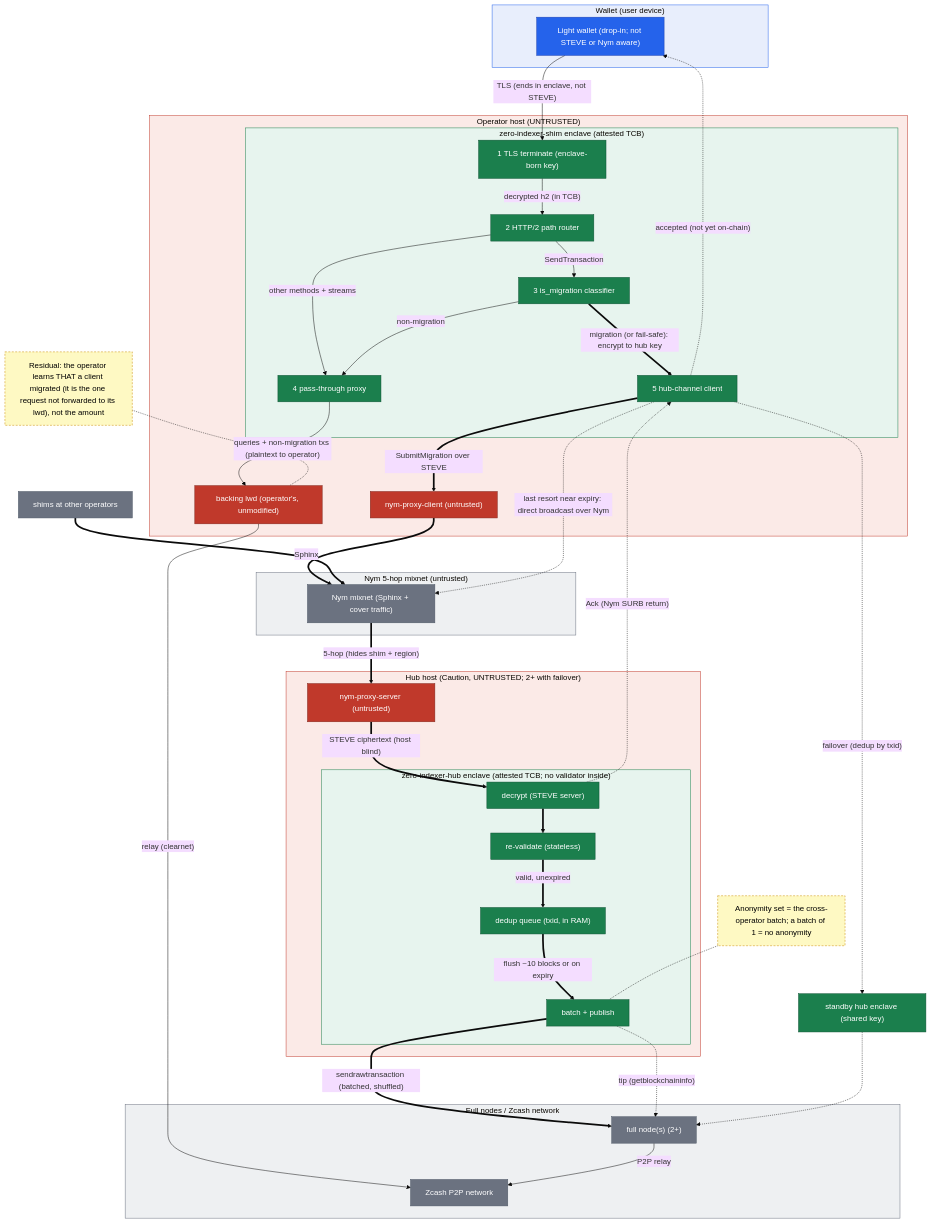
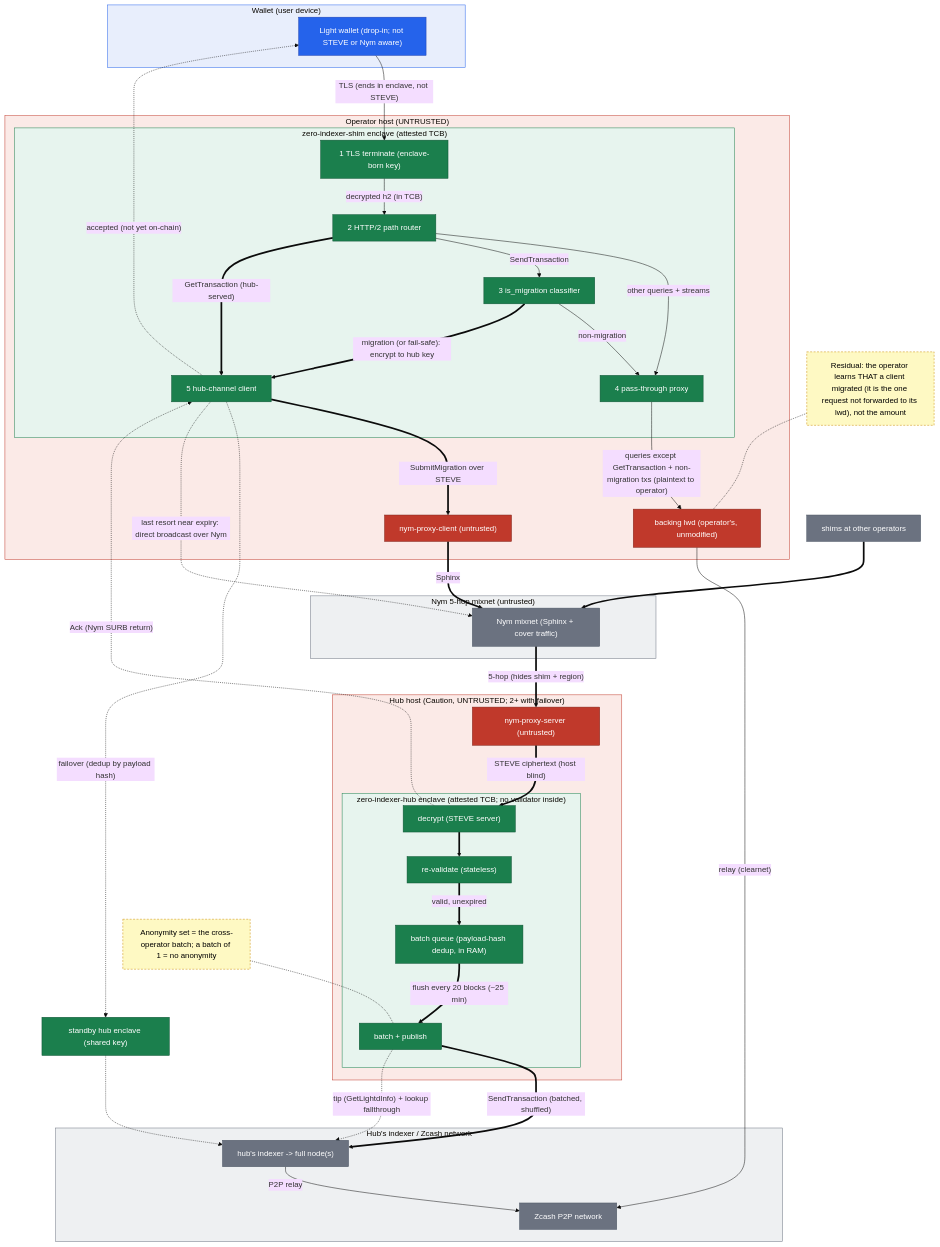
One commit to ShieldedLabs/zero changed the first of 2 diagrams in zeronym/book/src/architecture.md. Above: the diagram before and after it, drawn with Mermaid (base theme). The commit also changed other lines of this file and 7 other files, not shown here.

```diff
--- a/zeronym/book/src/architecture.md
+++ b/zeronym/book/src/architecture.md
@@ -59,15 +59,15 @@
     subgraph HUBENC["zero-indexer-hub enclave  (attested TCB; no validator inside)"]
       HDEC["decrypt (STEVE server)"]
       HVAL["re-validate (stateless)"]
-      HQ["dedup queue (txid, in RAM)"]
+      HQ["batch queue (payload-hash dedup, in RAM)"]
       HFLUSH["batch + publish"]
     end
   end
 
   HUB2["standby hub enclave (shared key)"]
 
-  subgraph NET["Full nodes / Zcash network"]
-    FN["full node(s) (2+)"]
+  subgraph NET["Hub's indexer / Zcash network"]
+    FN["hub's indexer -> full node(s)"]
     ZNET["Zcash P2P network"]
   end
 
@@ -77,10 +77,11 @@
   %% pass-through path (thin): queries + non-migration txs
   W -->|"TLS (ends in enclave, not STEVE)"| STLS
   STLS -->|"decrypted h2 (in TCB)"| SROUTE
-  SROUTE -->|"other methods + streams"| SPROXY
+  SROUTE -->|"other queries + streams"| SPROXY
   SROUTE -->|"SendTransaction"| SCLASS
+  SROUTE ==>|"GetTransaction (hub-served)"| SHUB
   SCLASS -->|"non-migration"| SPROXY
-  SPROXY -->|"queries + non-migration txs (plaintext to operator)"| LWD
+  SPROXY -->|"queries except GetTransaction + non-migration txs (plaintext to operator)"| LWD
   LWD -->|"relay (clearnet)"| ZNET
 
   %% migration path (thick): encrypted end to end, bypasses the lwd
@@ -93,12 +94,12 @@
   NYMS ==>|"STEVE ciphertext (host blind)"| HDEC
   HDEC ==> HVAL
   HVAL ==>|"valid, unexpired"| HQ
-  HQ ==>|"flush ~10 blocks or on expiry"| HFLUSH
-  HFLUSH ==>|"sendrawtransaction (batched, shuffled)"| FN
+  HQ ==>|"flush every 20 blocks (~25 min)"| HFLUSH
+  HFLUSH ==>|"SendTransaction (batched, shuffled)"| FN
   FN -->|"P2P relay"| ZNET
-  HFLUSH -.->|"tip (getblockchaininfo)"| FN
+  HFLUSH -.->|"tip (GetLightdInfo) + lookup fallthrough"| FN
   HDEC -.->|"Ack (Nym SURB return)"| SHUB
-  SHUB -.->|"failover (dedup by txid)"| HUB2
+  SHUB -.->|"failover (dedup by payload hash)"| HUB2
   SHUB -.->|"last resort near expiry: direct broadcast over Nym"| NYM
   HUB2 -.-> FN
 
```
